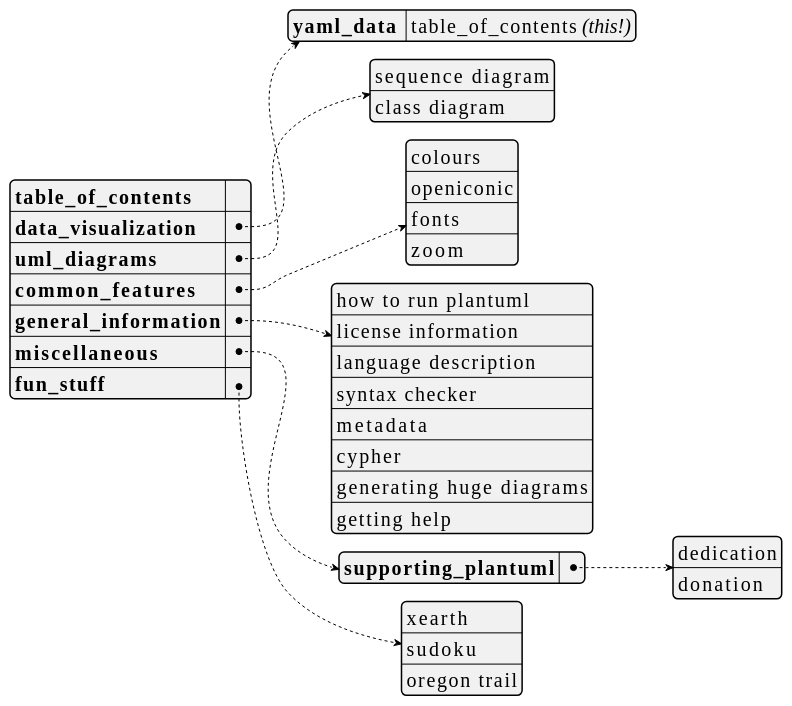
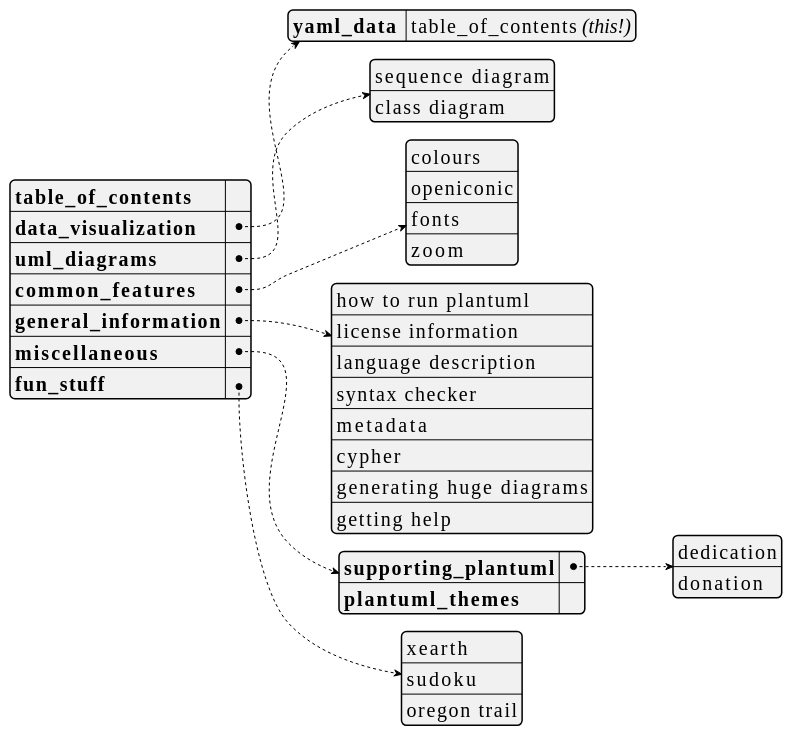
One commit to dragondive/heavens-arena changed the first of 19 diagrams in plantuml_demo.md. Above: the diagram before and after it, drawn with PlantUML. The commit also changed other lines of this file, not shown here.

Commit message:
added miscellaneous: plantuml themes

````diff
--- a/plantuml_demo.md
+++ b/plantuml_demo.md
@@ -26,51 +26,52 @@
 ```plantuml
 @startyaml
 <style>
 yamlDiagram {
     node {
         ' use a constant width font because that's what developers do.
         FontName Consolas
         FontSize 20
     }
 }
 </style>
 
 /'TODO:
 It would be cool to hyperlink the entries in the table_of_contents to the
 respective section in the document. Not only would it further accentuate the
 [Medium Awareness](https://tvtropes.org/pmwiki/pmwiki.php/Main/MediumAwareness)
 of this yaml document, but also augment the
 [Anachronic Order](https://tvtropes.org/pmwiki/pmwiki.php/Main/AnachronicOrder)
 of the outer markdown document.
 '/
 
 **table_of_contents**: ""  /' workaround: empty string here to avoid dummy link '/
 data_visualization:
     yaml_data : table_of_contents //(this!)//
 uml_diagrams:
     - sequence diagram
     - class diagram
 common_features:
     - colours
     - openiconic
     - fonts
     - zoom
 general_information:
     - how to run plantuml
     - license information
     - language description
     - syntax checker
     - metadata
     - cypher
     - generating huge diagrams
     - getting help
 miscellaneous:
     supporting_plantuml:
         - dedication
         - donation
+    plantuml_themes: ""
 fun_stuff:
     - xearth
     - sudoku
     - oregon trail
 @endyaml
 ```
````
